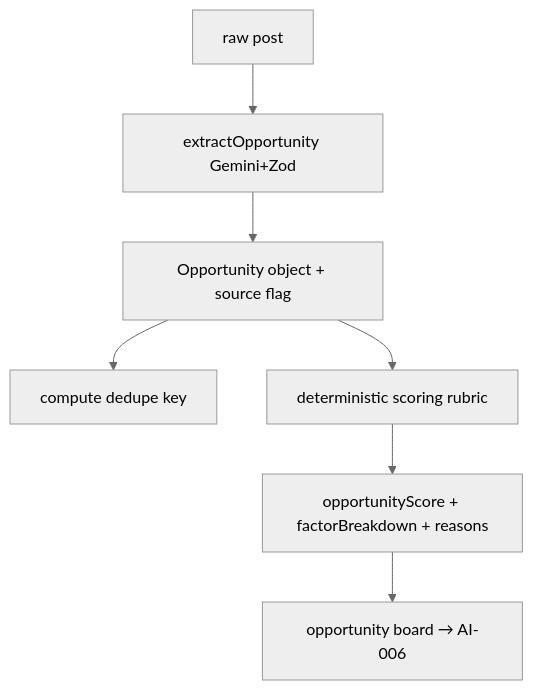
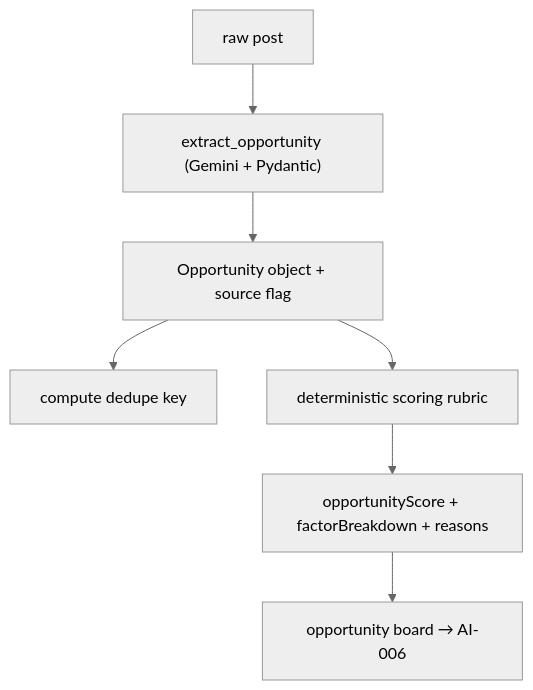
Before and after one commit to FixFlow-AI/FixFlow-AI-web: the second of 2 diagrams in docs/specifications/ai_features/stories/AIE-06-opportunity-intelligence-scoring.md, drawn with Mermaid (neutral theme). The commit also changed other lines of this file and 13 other files, not shown here.

````diff
--- a/docs/specifications/ai_features/stories/AIE-06-opportunity-intelligence-scoring.md
+++ b/docs/specifications/ai_features/stories/AIE-06-opportunity-intelligence-scoring.md
@@ -85,9 +87,9 @@
 ```mermaid
 flowchart TD
-    RAW[raw post] --> EX[extractOpportunity Gemini+Zod]
+    RAW[raw post] --> EX["extract_opportunity (Gemini + Pydantic)"]
     EX --> OPP[Opportunity object + source flag]
     OPP --> DK[compute dedupe key]
     OPP --> SC[deterministic scoring rubric]
     SC --> RES[opportunityScore + factorBreakdown + reasons]
     RES --> BOARD[opportunity board → AI-006]
 ```
````
